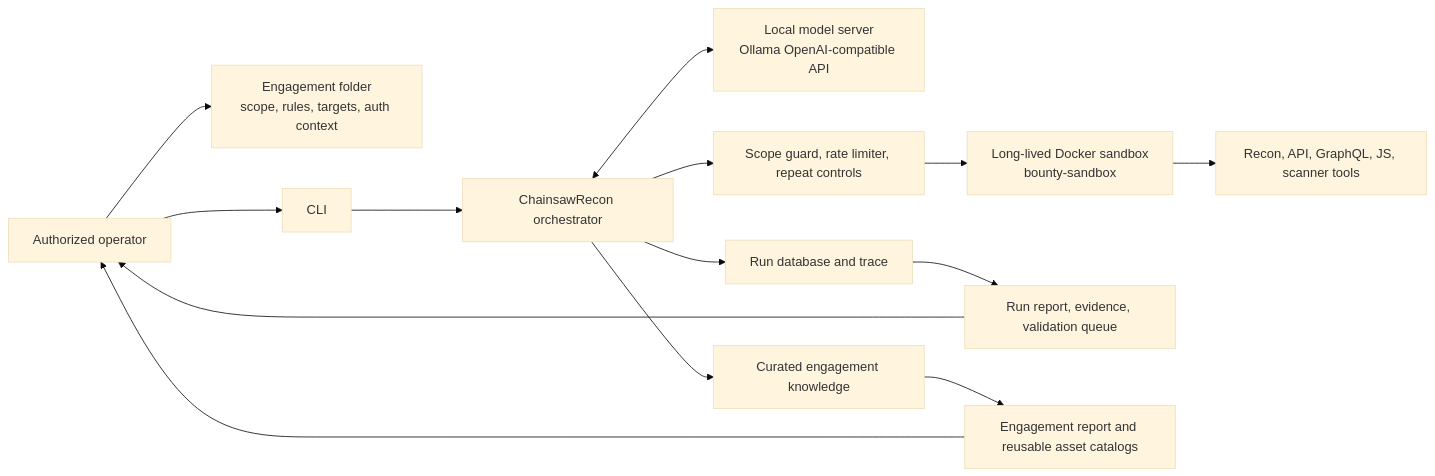
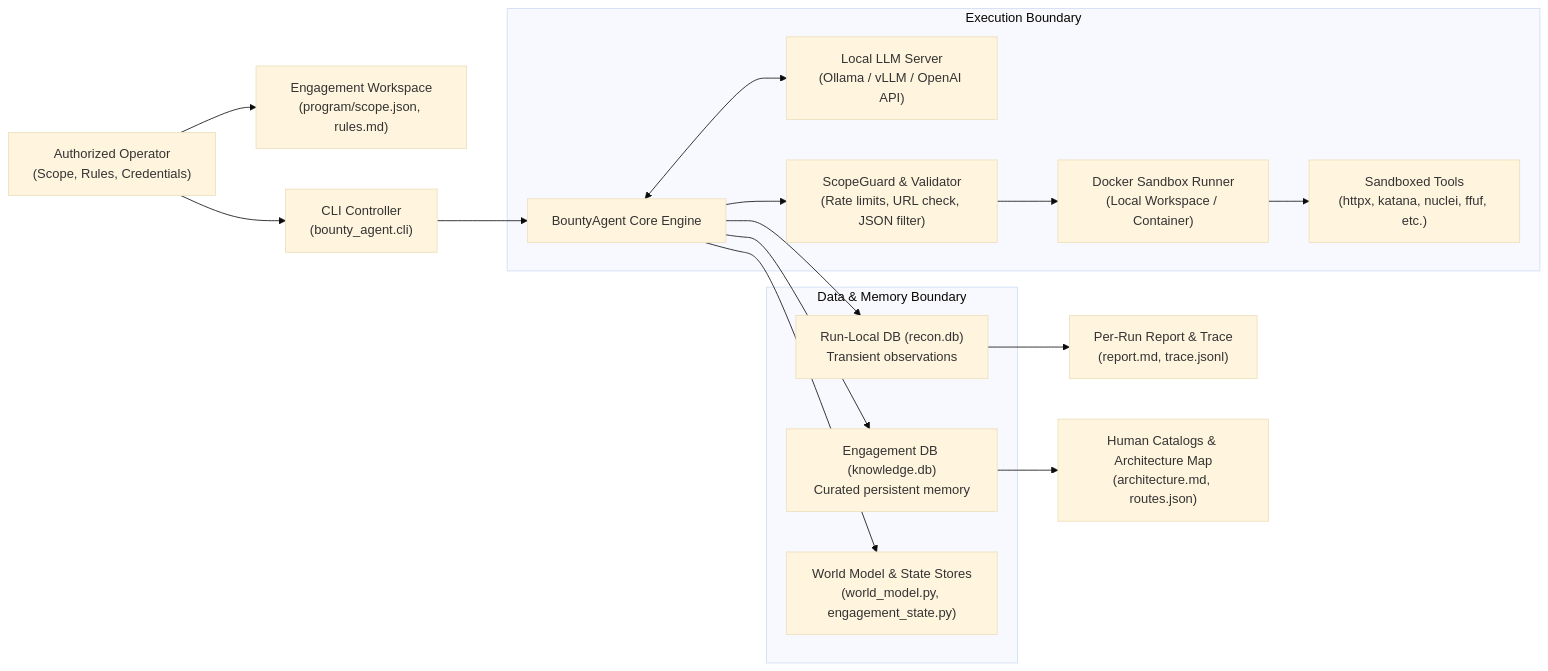
The first of 5 diagrams in architecture.md (R1zoro/ChainsawRecon), drawn with Mermaid (base theme) before and after one commit. The commit also changed other lines of this file and 18 other files, not shown here.

Commit message:
feat(milestone-1): data hygiene & memory correction

````diff
--- a/architecture.md
+++ b/architecture.md
@@ -21,16 +13,22 @@
 ```mermaid
 flowchart LR
-    O["Authorized operator"] --> E["Engagement folder\nscope, rules, targets, auth context"]
-    O --> C["CLI"]
-    C --> A["ChainsawRecon orchestrator"]
-    A <--> M["Local model server\nOllama OpenAI-compatible API"]
-    A --> G["Scope guard, rate limiter, repeat controls"]
-    G --> S["Long-lived Docker sandbox\nbounty-sandbox"]
-    S --> T["Recon, API, GraphQL, JS, scanner tools"]
-    A --> R["Run database and trace"]
-    A --> K["Curated engagement knowledge"]
-    R --> H["Run report, evidence, validation queue"]
-    K --> H2["Engagement report and reusable asset catalogs"]
-    H --> O
-    H2 --> O
+    O["Authorized Operator\n(Scope, Rules, Credentials)"] --> E["Engagement Workspace\n(program/scope.json, rules.md)"]
+    O --> CLI["CLI Controller\n(bounty_agent.cli)"]
+    CLI --> Core["BountyAgent Core Engine"]
+    
+    subgraph Execution Boundary
+        Core <--> LLM["Local LLM Server\n(Ollama / vLLM / OpenAI API)"]
+        Core --> Guard["ScopeGuard & Validator\n(Rate limits, URL check, JSON filter)"]
+        Guard --> Runner["Docker Sandbox Runner\n(Local Workspace / Container)"]
+        Runner --> Tools["Sandboxed Tools\n(httpx, katana, nuclei, ffuf, etc.)"]
+    end
+    
+    subgraph Data & Memory Boundary
+        Core --> RunDB["Run-Local DB (recon.db)\nTransient observations"]
+        Core --> EngDB["Engagement DB (knowledge.db)\nCurated persistent memory"]
+        Core --> WorldDB["World Model & State Stores\n(world_model.py, engagement_state.py)"]
+    end
+    
+    RunDB --> Report["Per-Run Report & Trace\n(report.md, trace.jsonl)"]
+    EngDB --> Catalogs["Human Catalogs & Architecture Map\n(architecture.md, routes.json)"]
 ```
````
